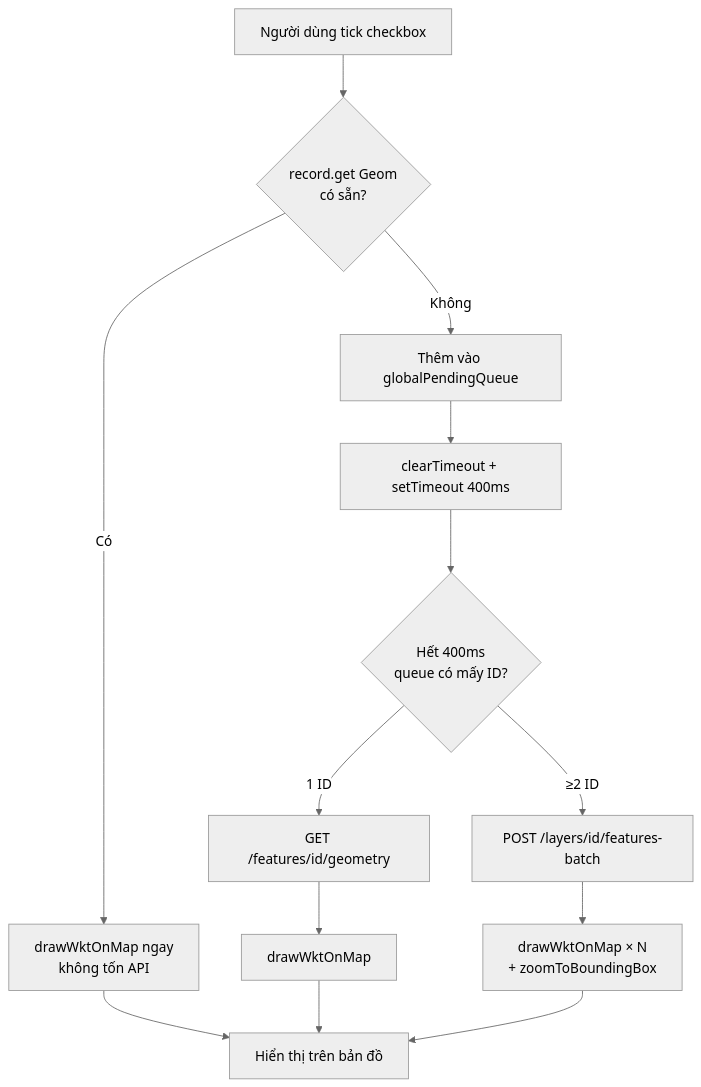
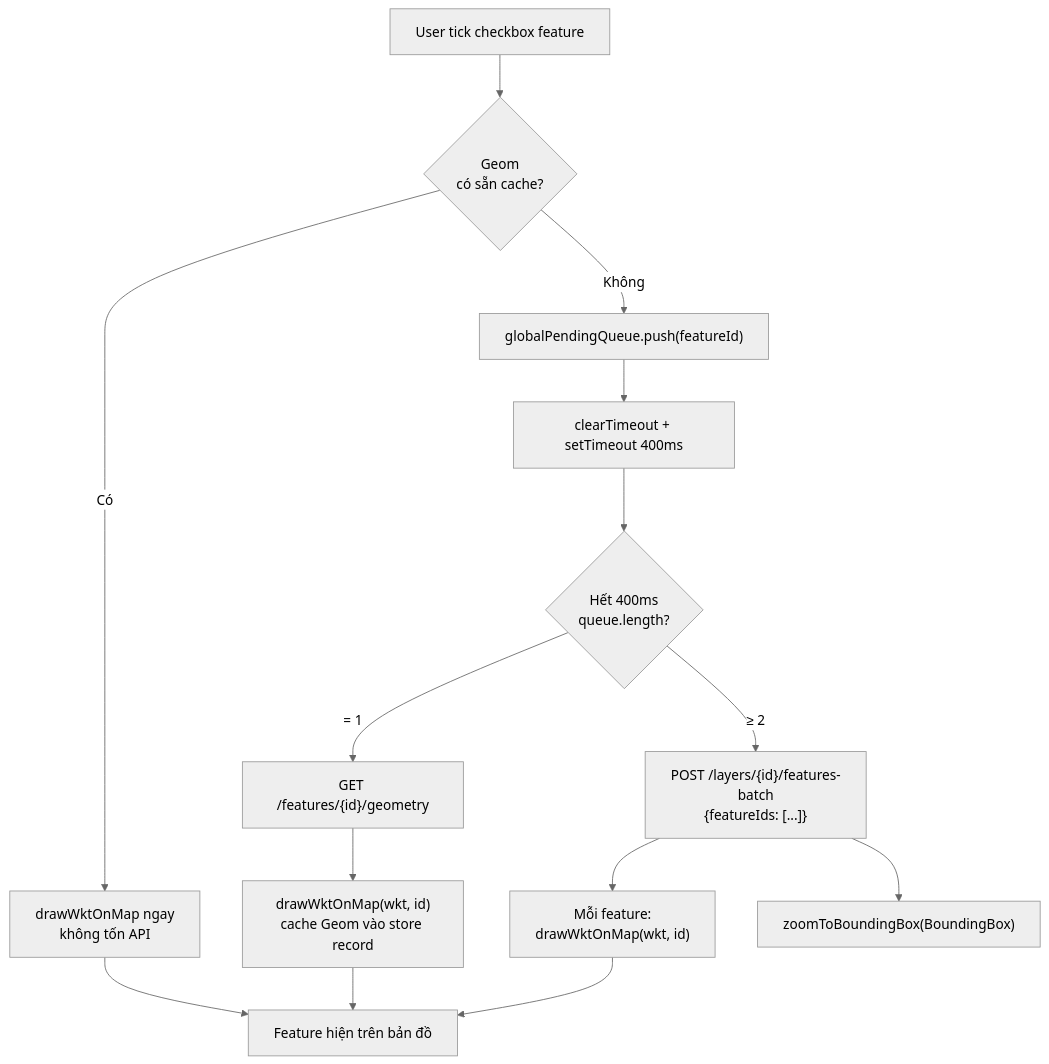
One commit to giangvanhung/gServer_0.0.1 changed the second of 6 diagrams in gServer_Introduction/docs/dataflow.md. Above: the diagram before and after it, drawn with Mermaid (neutral theme). The commit also changed other lines of this file and 14 other files, not shown here.

````diff
--- a/gServer_Introduction/docs/dataflow.md
+++ b/gServer_Introduction/docs/dataflow.md
@@ -29,15 +35,16 @@
 ```mermaid
 flowchart TD
-    A[Người dùng tick checkbox] --> B{record.get Geom\ncó sẵn?}
-    B -->|Có| C[drawWktOnMap ngay\nkhông tốn API]
-    B -->|Không| D[Thêm vào globalPendingQueue]
-    D --> E[clearTimeout + setTimeout 400ms]
-    E --> F{Hết 400ms\nqueue có mấy ID?}
-    F -->|1 ID| G[GET /features/id/geometry]
-    F -->|≥2 ID| H[POST /layers/id/features-batch]
-    G --> I[drawWktOnMap]
-    H --> J[drawWktOnMap × N\n+ zoomToBoundingBox]
-    C --> K[Hiển thị trên bản đồ]
-    I --> K
-    J --> K
+    A["User tick checkbox feature"] --> B{Geom\ncó sẵn cache?}
+    B -->|Có| C["drawWktOnMap ngay\nkhông tốn API"]
+    B -->|Không| D["globalPendingQueue.push(featureId)"]
+    D --> E["clearTimeout + setTimeout 400ms"]
+    E --> F{Hết 400ms\nqueue.length?}
+    F -->|"= 1"| G["GET /features/{id}/geometry"]
+    F -->|"≥ 2"| H["POST /layers/{id}/features-batch\n{featureIds: [...]}"]
+    G --> I["drawWktOnMap(wkt, id)\ncache Geom vào store record"]
+    H --> J["Mỗi feature:\ndrawWktOnMap(wkt, id)"]
+    H --> K["zoomToBoundingBox(BoundingBox)"]
+    C --> L["Feature hiện trên bản đồ"]
+    I --> L
+    J --> L
 ```
````
